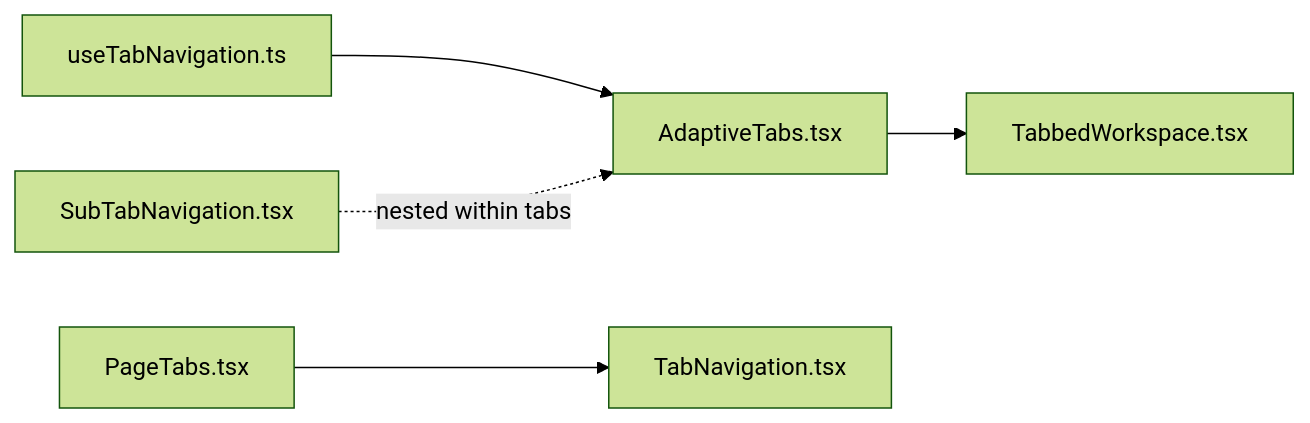
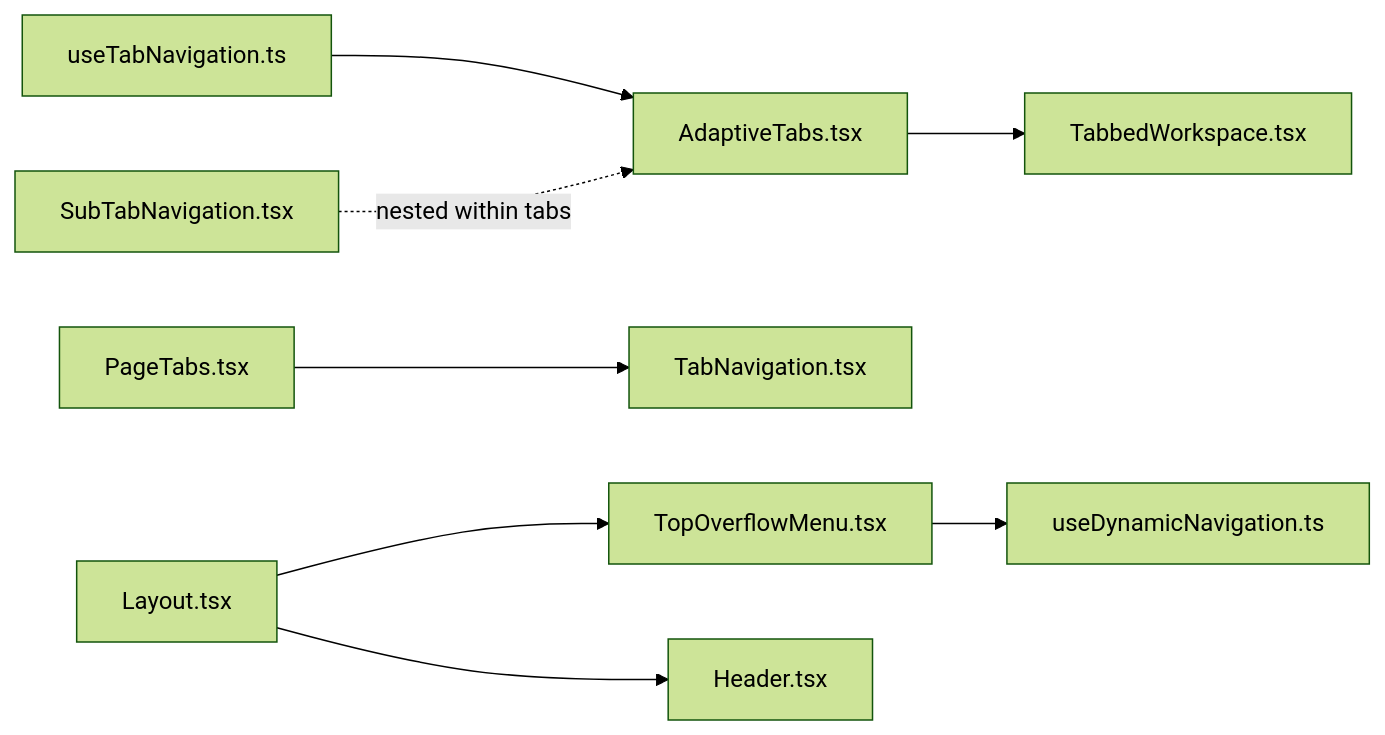
Before and after one commit to geniusdynamics/schoolpilot: the fifth of 5 diagrams in .qoder/repowiki/en/content/UI Components/Navigation Components.md, drawn with Mermaid (forest theme). The commit also changed other lines of this file and 311 other files, not shown here.

````diff
--- a/.qoder/repowiki/en/content/UI Components/Navigation Components.md
+++ b/.qoder/repowiki/en/content/UI Components/Navigation Components.md
@@ -272,7 +395,10 @@
 ```mermaid
 graph LR
 NT["useTabNavigation.ts"] --> AT["AdaptiveTabs.tsx"]
 AT --> TW["TabbedWorkspace.tsx"]
 PT["PageTabs.tsx"] --> TN["TabNavigation.tsx"]
 ST["SubTabNavigation.tsx"] -. "nested within tabs" .-> AT
+TOM["TopOverflowMenu.tsx"] --> UDN["useDynamicNavigation.ts"]
+L["Layout.tsx"] --> TOM
+L --> H["Header.tsx"]
 ```
````
